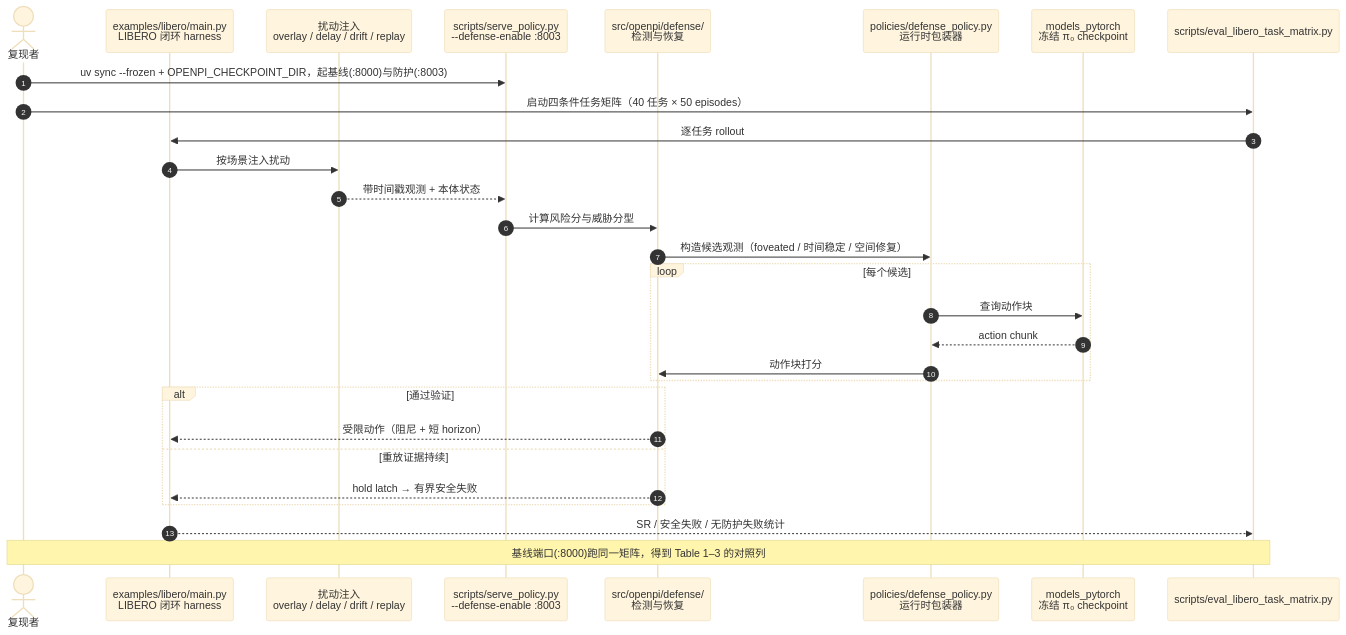
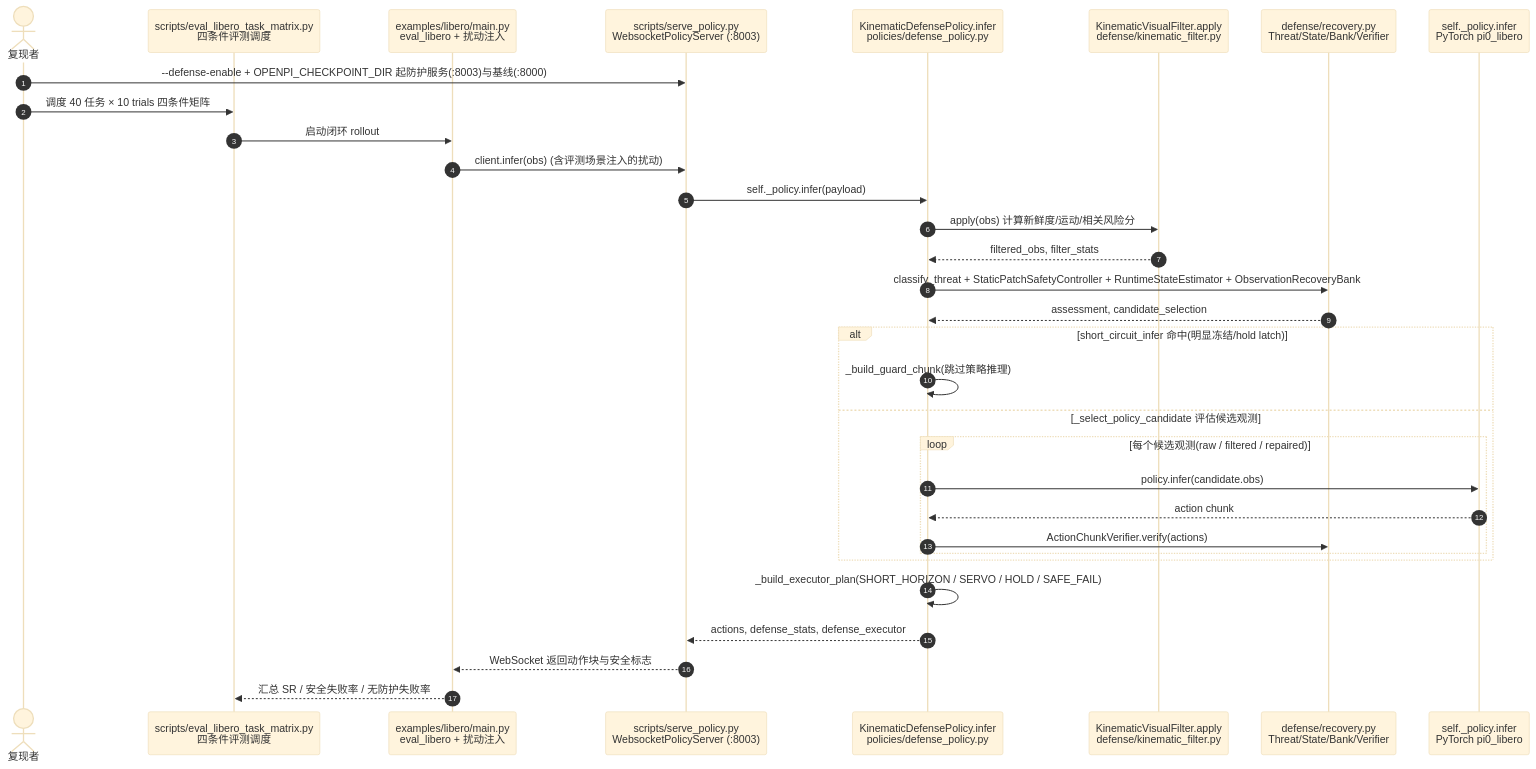
The second of 2 diagrams in wiki/entities/paper-actfovea.md (ImChong/Robotics_Notebooks), drawn with Mermaid (base theme) before and after one commit. The commit also changed other lines of this file and 192 other files, not shown here.

Commit message:
[2026-11-14] ingest | roadmap/depth-vla.md — 补齐 VLA 纵深路线全部节点原文证据与满分健康度

````diff
--- a/wiki/entities/paper-actfovea.md
+++ b/wiki/entities/paper-actfovea.md
@@ -126,31 +129,34 @@
 ```mermaid
 sequenceDiagram
     autonumber
     actor Dev as 复现者
-    participant Env as examples/libero/main.py<br/>LIBERO 闭环 harness
-    participant Pert as 扰动注入<br/>overlay / delay / drift / replay
-    participant Srv as scripts/serve_policy.py<br/>--defense-enable :8003
-    participant Def as src/openpi/defense/<br/>检测与恢复
-    participant Pol as policies/defense_policy.py<br/>运行时包装器
-    participant Pi0 as models_pytorch<br/>冻结 π₀ checkpoint
-    participant Mat as scripts/eval_libero_task_matrix.py
-    Dev->>Srv: uv sync --frozen + OPENPI_CHECKPOINT_DIR，起基线(:8000)与防护(:8003)
-    Dev->>Mat: 启动四条件任务矩阵（40 任务 × 50 episodes）
-    Mat->>Env: 逐任务 rollout
-    Env->>Pert: 按场景注入扰动
-    Pert-->>Srv: 带时间戳观测 + 本体状态
-    Srv->>Def: 计算风险分与威胁分型
-    Def->>Pol: 构造候选观测（foveated / 时间稳定 / 空间修复）
-    loop 每个候选
-        Pol->>Pi0: 查询动作块
-        Pi0-->>Pol: action chunk
-        Pol->>Def: 动作块打分
+    participant Mat as scripts/eval_libero_task_matrix.py<br/>四条件评测调度
+    participant Env as examples/libero/main.py<br/>eval_libero + 扰动注入
+    participant Srv as scripts/serve_policy.py<br/>WebsocketPolicyServer (:8003)
+    participant Pol as KinematicDefensePolicy.infer<br/>policies/defense_policy.py
+    participant Fil as KinematicVisualFilter.apply<br/>defense/kinematic_filter.py
+    participant Rec as defense/recovery.py<br/>Threat/State/Bank/Verifier
+    participant Pi0 as self._policy.infer<br/>PyTorch pi0_libero
+    Dev->>Srv: --defense-enable + OPENPI_CHECKPOINT_DIR 起防护服务(:8003)与基线(:8000)
+    Dev->>Mat: 调度 40 任务 × 10 trials 四条件矩阵
+    Mat->>Env: 启动闭环 rollout
+    Env->>Srv: client.infer(obs) (含评测场景注入的扰动)
+    Srv->>Pol: self._policy.infer(payload)
+    Pol->>Fil: apply(obs) 计算新鲜度/运动/相关风险分
+    Fil-->>Pol: filtered_obs, filter_stats
+    Pol->>Rec: classify_threat + StaticPatchSafetyController + RuntimeStateEstimator + ObservationRecoveryBank
+    Rec-->>Pol: assessment, candidate_selection
+    alt short_circuit_infer 命中(明显冻结/hold latch)
+        Pol->>Pol: _build_guard_chunk(跳过策略推理)
+    else _select_policy_candidate 评估候选观测
+        loop 每个候选观测(raw / filtered / repaired)
+            Pol->>Pi0: policy.infer(candidate.obs)
+            Pi0-->>Pol: action chunk
+            Pol->>Rec: ActionChunkVerifier.verify(actions)
+        end
     end
-    alt 通过验证
-        Def-->>Env: 受限动作（阻尼 + 短 horizon）
-    else 重放证据持续
-        Def-->>Env: hold latch → 有界安全失败
-    end
-    Env-->>Mat: SR / 安全失败 / 无防护失败统计
-    Note over Dev,Mat: 基线端口(:8000)跑同一矩阵，得到 Table 1–3 的对照列
+    Pol->>Pol: _build_executor_plan(SHORT_HORIZON / SERVO / HOLD / SAFE_FAIL)
+    Pol-->>Srv: actions, defense_stats, defense_executor
+    Srv-->>Env: WebSocket 返回动作块与安全标志
+    Env-->>Mat: 汇总 SR / 安全失败率 / 无防护失败率
 ```
````
